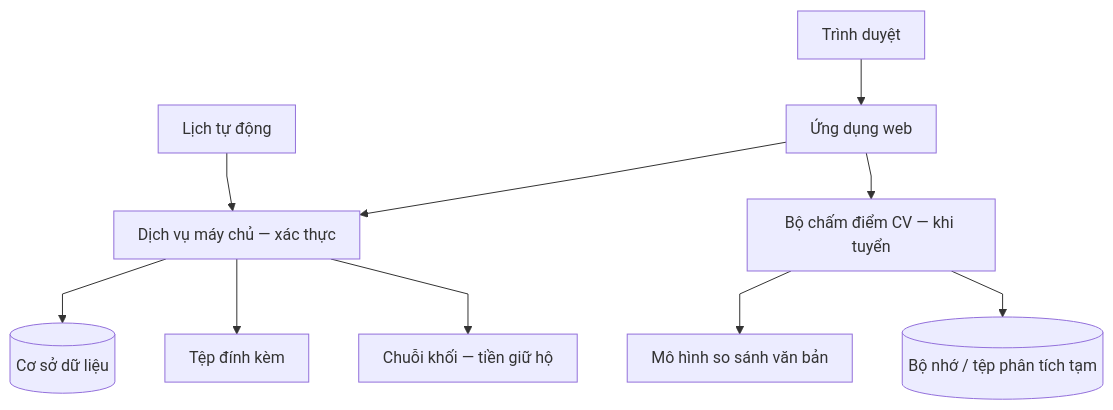
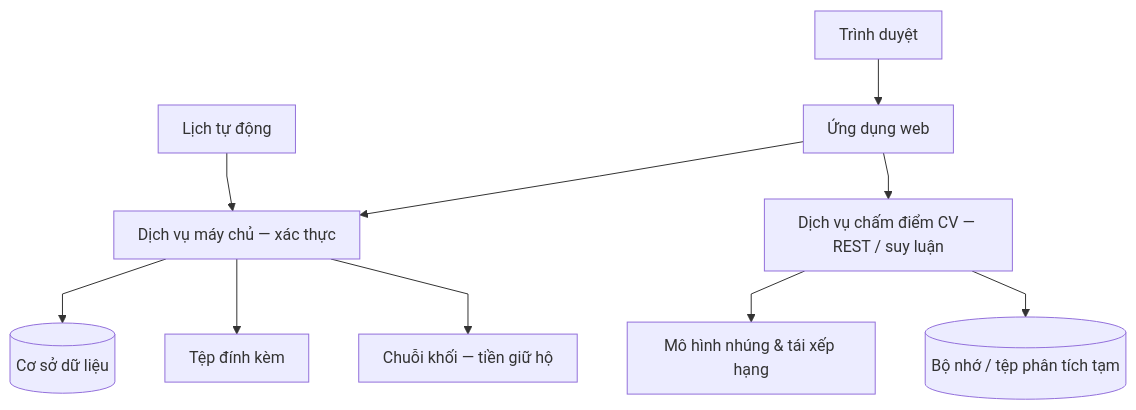
One commit to dmt041104111003/docs-nckh changed the first of 3 diagrams in architecture.md. Above: the diagram before and after it, drawn with Mermaid. The commit also changed other lines of this file and 7 other files, not shown here.

````diff
--- a/architecture.md
+++ b/architecture.md
@@ -7,13 +28,13 @@
 ```mermaid
 %%{init: {"flowchart": {"curve": "linear", "padding": 12, "rankSpacing": 46}}}%%
 flowchart TB
   TD[Trình duyệt] --> Web[Ứng dụng web]
   Web --> May[Dịch vụ máy chủ — xác thực]
   May --> DB[(Cơ sở dữ liệu)]
   May --> File[Tệp đính kèm]
   May --> Chain[Chuỗi khối — tiền giữ hộ]
   Hen[Lịch tự động] --> May
-  Web --> Cham[Bộ chấm điểm CV — khi tuyển]
-  Cham --> MoHinh[Mô hình so sánh văn bản]
+  Web --> Cham[Dịch vụ chấm điểm CV — REST / suy luận]
+  Cham --> MoHinh[Mô hình nhúng & tái xếp hạng]
   Cham --> Tam[(Bộ nhớ / tệp phân tích tạm)]
 ```
````
